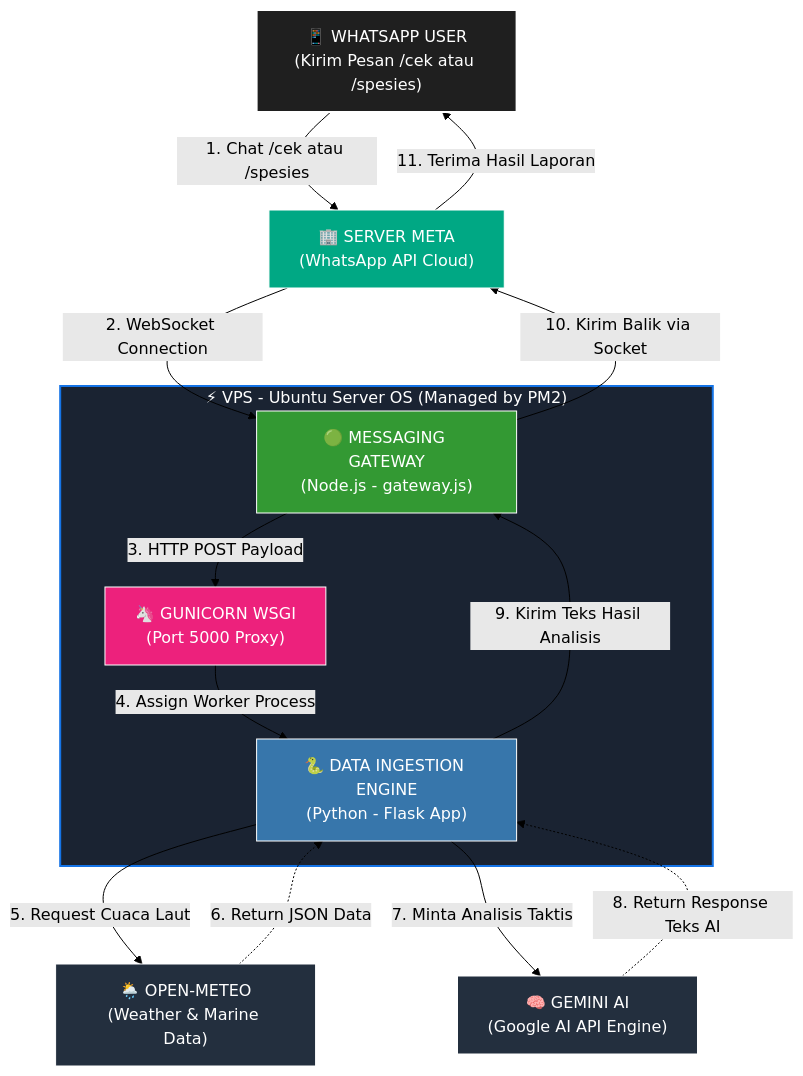
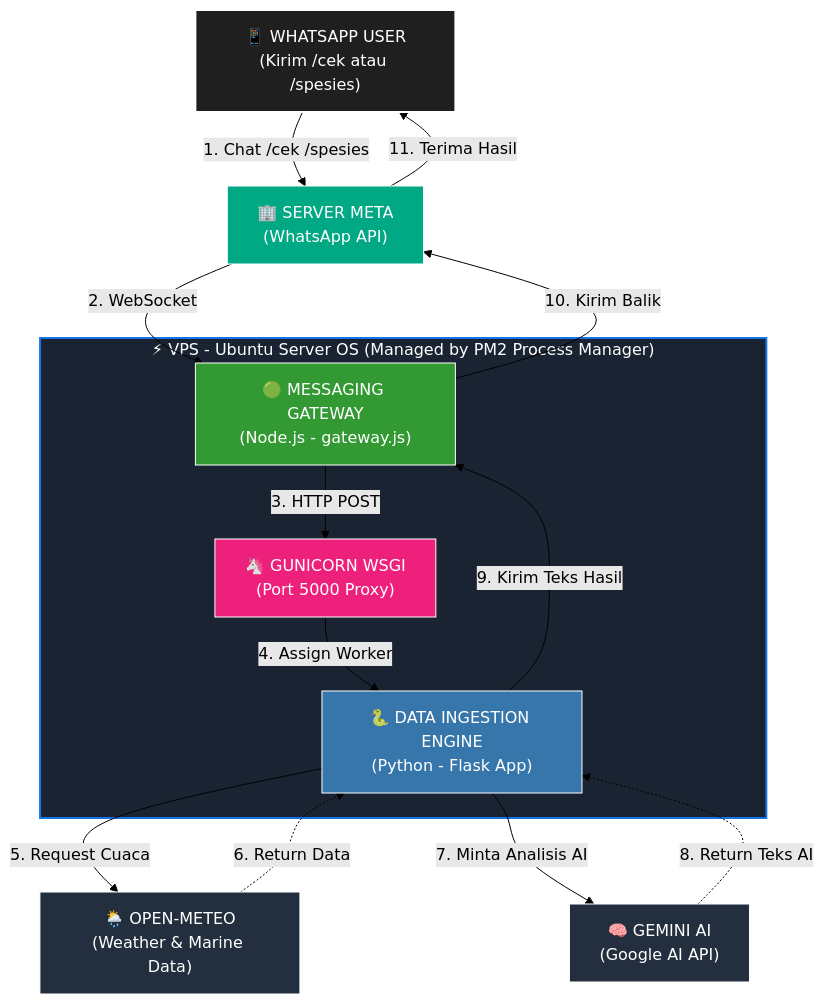
The diagram in content.id/projects/bot-fishing.md (AdienDendra/architect-web), drawn with Mermaid (forest theme) before and after one commit. The commit also changed other lines of this file, not shown here.

Commit message:
Update bot-fishing.md mermaid

```diff
--- a/content.id/projects/bot-fishing.md
+++ b/content.id/projects/bot-fishing.md
@@ -60,44 +60,50 @@
 {{< mermaid >}}
 graph TD
-    %% Define Styles (Biar estetik ala tema Dark Mode portofolio Om)
+    %% Define Styles
     classDef user fill:#1f1f1f,stroke:#fff,stroke-width:2px,color:#fff;
     classDef meta fill:#00a884,stroke:#fff,stroke-width:1px,color:#fff;
     classDef nodejs fill:#339933,stroke:#fff,stroke-width:1px,color:#fff;
     classDef guni fill:#ed217c,stroke:#fff,stroke-width:1px,color:#fff;
     classDef python fill:#3776AB,stroke:#fff,stroke-width:1px,color:#fff;
     classDef external fill:#232F3E,stroke:#fff,stroke-width:1px,color:#fff;
 
-    %% Nodes Configuration Outside VPS
-    User["📱 WHATSAPP USER<br>(Kirim Pesan /cek atau /spesies)"]:::user
-    Meta["🏢 SERVER META<br>(WhatsApp API Cloud)"]:::meta
-    BOM["🌦️ OPEN-METEO<br>(Weather & Marine Data)"]:::external
-    Gemini["🧠 GEMINI AI<br>(Google AI API Engine)"]:::external
+    %% Nodes Configuration (Top Tier)
+    User["📱 WHATSAPP USER<br>(Kirim /cek atau /spesies)"]:::user
+    Meta["🏢 SERVER META<br>(WhatsApp API)"]:::meta
 
-    %% Nodes Configuration Inside VPS
-    subgraph VPS ["⚡ VPS - Ubuntu Server OS (Managed by PM2)"]
+    %% Nodes Configuration (Middle Tier - VPS)
+    subgraph VPS ["⚡ VPS - Ubuntu Server OS (Managed by PM2 Process Manager)"]
         NodeApp["🟢 MESSAGING GATEWAY<br>(Node.js - gateway.js)"]:::nodejs
         GuniMaster["🦄 GUNICORN WSGI<br>(Port 5000 Proxy)"]:::guni
         MainPy["🐍 DATA INGESTION ENGINE<br>(Python - Flask App)"]:::python
     end
 
-    %% === FLOW ALUR MASUK (DOWNWARD FLOW) ===
-    User -->|1. Chat /cek atau /spesies| Meta
-    Meta -->|2. WebSocket Connection| NodeApp
-    NodeApp -->|3. HTTP POST Payload| GuniMaster
-    GuniMaster -->|4. Assign Worker Process| MainPy
-    
-    %% Third-Party API Tunnels (Gaya Loop Kebawah)
-    MainPy -->|5. Request Cuaca Laut| BOM
-    BOM -.->|6. Return JSON Data| MainPy
-    MainPy -->|7. Minta Analisis Taktis| Gemini
-    Gemini -.->|8. Return Response Teks AI| MainPy
-    
-    %% === FLOW ALUR KELUAR / BALIK (UPWARD RETURN FLOW) ===
-    MainPy -->|9. Kirim Teks Hasil Analisis| NodeApp
-    NodeApp -->|10. Kirim Balik via Socket| Meta
-    Meta -->|11. Terima Hasil Laporan| User
+    %% Nodes Configuration (Bottom Tier - Third Party)
+    BOM["🌦️ OPEN-METEO<br>(Weather & Marine Data)"]:::external
+    Gemini["🧠 GEMINI AI<br>(Google AI API)"]:::external
+
+    %% === LINK ALUR MASUK (LURUS KE BAWAH) ===
+    User -->|1. Chat /cek /spesies| Meta
+    Meta -->|2. WebSocket| NodeApp
+    NodeApp -->|3. HTTP POST| GuniMaster
+    GuniMaster -->|4. Assign Worker| MainPy
+
+    %% === LINK THIRD PARTY (BOTTOM LOOP) ===
+    MainPy -->|5. Request Cuaca| BOM
+    BOM -.->|6. Return Data| MainPy
+    MainPy -->|7. Minta Analisis AI| Gemini
+    Gemini -.->|8. Return Teks AI| MainPy
+
+    %% === LINK ALUR BALIK (MELENGKUNG KE ATAS) ===
+    MainPy -->|9. Kirim Teks Hasil| NodeApp
+    NodeApp -->|10. Kirim Balik| Meta
+    Meta -->|11. Terima Hasil| User
+
+    %% === TRIK JALUR GAIB (Memaksa Posisi BOM & Gemini Tetap Di Bawah) ===
+    NodeApp ~~~ BOM
+    GuniMaster ~~~ Gemini
 
     %% Assign Subgraph Style
     style VPS fill:#1a2332,stroke:#1473e6,stroke-width:2px,color:#fff
 
 {{< /mermaid >}}
```
